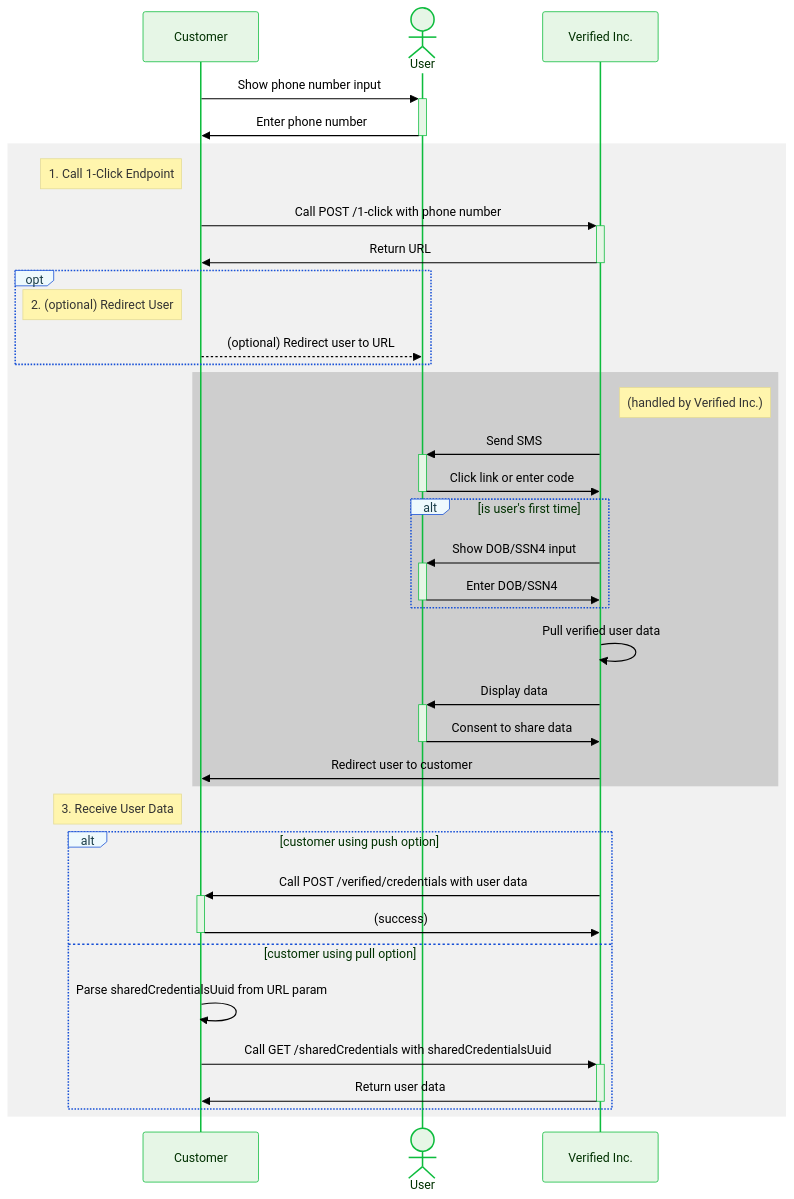
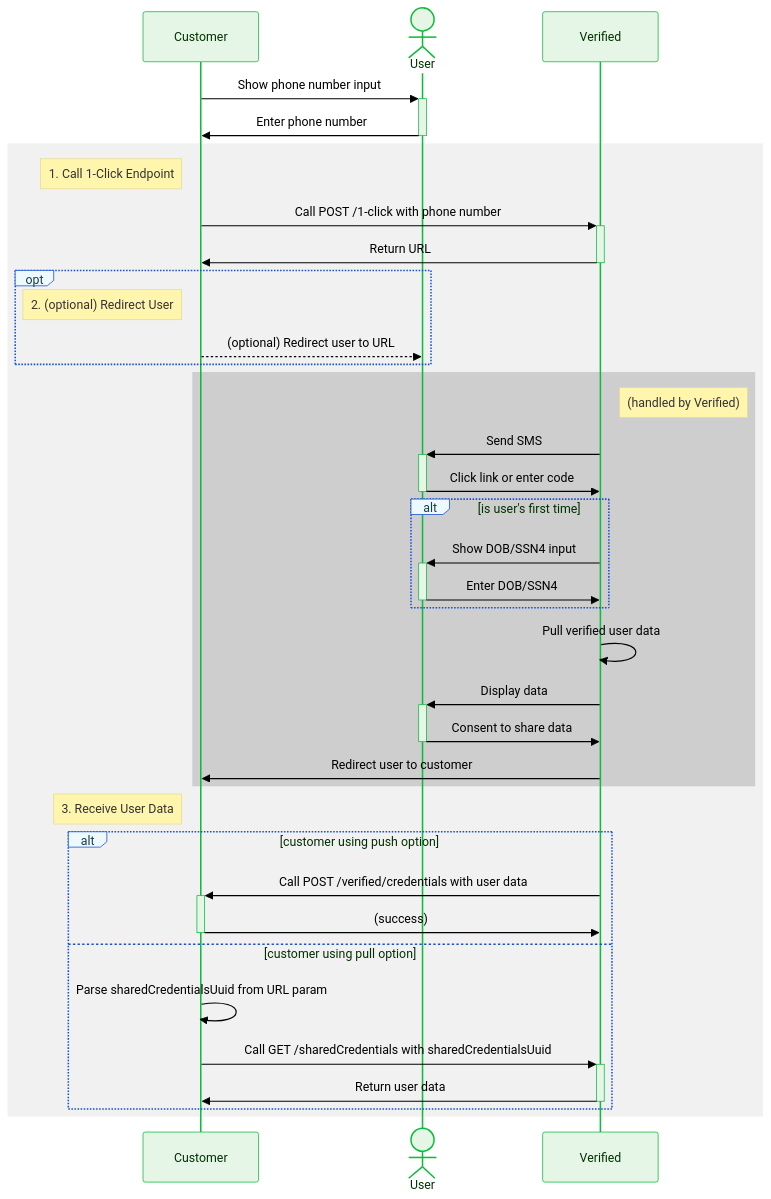
Before and after one commit to VerifiedInc/VerifiedInc.github.io: the fifth of 13 diagrams in versioned_docs/version-1/1-click-signup.mdx, drawn with Mermaid. The commit also changed other lines of this file and 22 other files, not shown here.

````diff
--- a/versioned_docs/version-1/1-click-signup.mdx
+++ b/versioned_docs/version-1/1-click-signup.mdx
@@ -225,60 +225,60 @@
         ```mermaid
         %%{
             init: {
                 'theme': 'base',
                 'themeVariables': {
                     'primaryColor': '#e6f6e6',
                     'primaryTextColor': '#003100',
                     'primaryBorderColor': '#0dbc3d',
                     'secondaryColor': '#eef9fd',
                     'secondaryTextColor': '#193c47',
                     'secondaryBorderColor': '#164fd6',
                     'activationBkgColor': '#e6f6e6',
                     'activationBorderColor': '#0dbc3d',
                     'labelBoxBkgColor': '#eef9fd',
                     'labelBoxBorderColor': '#164fd6',
                     'labelTextColor': '#193c47',
                     'edgeLabelBackground': '#ffffff',
                     'textColor': '#000000',
                     'fontFamily': 'Lato'
                 }
             }
         }%%
         sequenceDiagram
             participant C as Customer
             actor U as User
-            participant V as Verified Inc.
+            participant V as Verified
             C->>+U: Show phone number input
             U->>-C: Enter phone number
             rect rgb(200,200,200,0.25)
                 note left of C: 1. Call 1-Click Endpoint
                 C->>+V: Call POST /1-click with phone number
                 V->>-C: Return URL
                 opt
                     note left of C: 2. (optional) Redirect User
                     C-->>U: (optional) Redirect user to URL
                 end
                 rect rgb(200,200,200,0.85)
-                    note right of V: (handled by Verified Inc.)
+                    note right of V: (handled by Verified)
                     V->>+U: Send SMS
                     U->>-V: Click link or enter code
                     alt is user's first time
                         V->>+U: Show DOB/SSN4 input
                         U->>-V: Enter DOB/SSN4
                     end
                     V->>V: Pull verified user data
                     V->>+U: Display data
                     U->>-V: Consent to share data
                     V->>C: Redirect user to customer
                 end
                 note left of C: 3. Receive User Data
                 alt customer using push option
                     V->>+C: Call POST /verified/credentials with user data
                     C->>-V: (success)
                 else customer using pull option
                     C->>C: Parse sharedCredentialsUuid from URL param
                     C->>+V: Call GET /sharedCredentials with sharedCredentialsUuid
                     V->>-C: Return user data
                 end
             end
         ```
````
